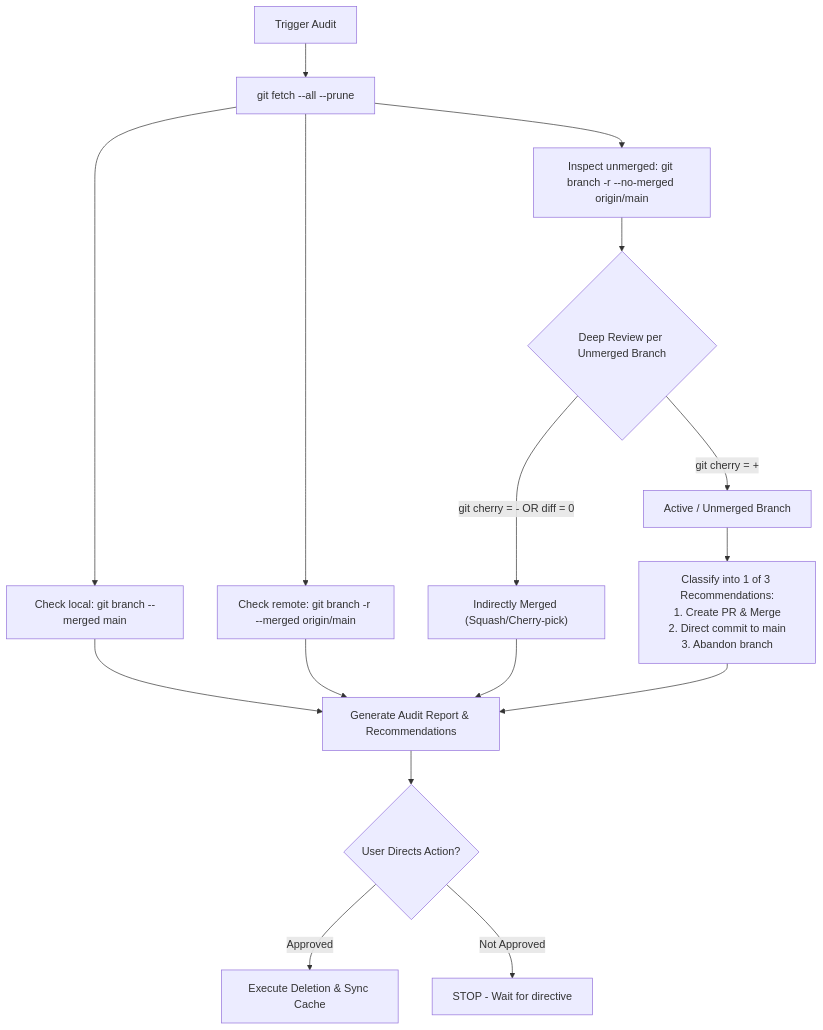
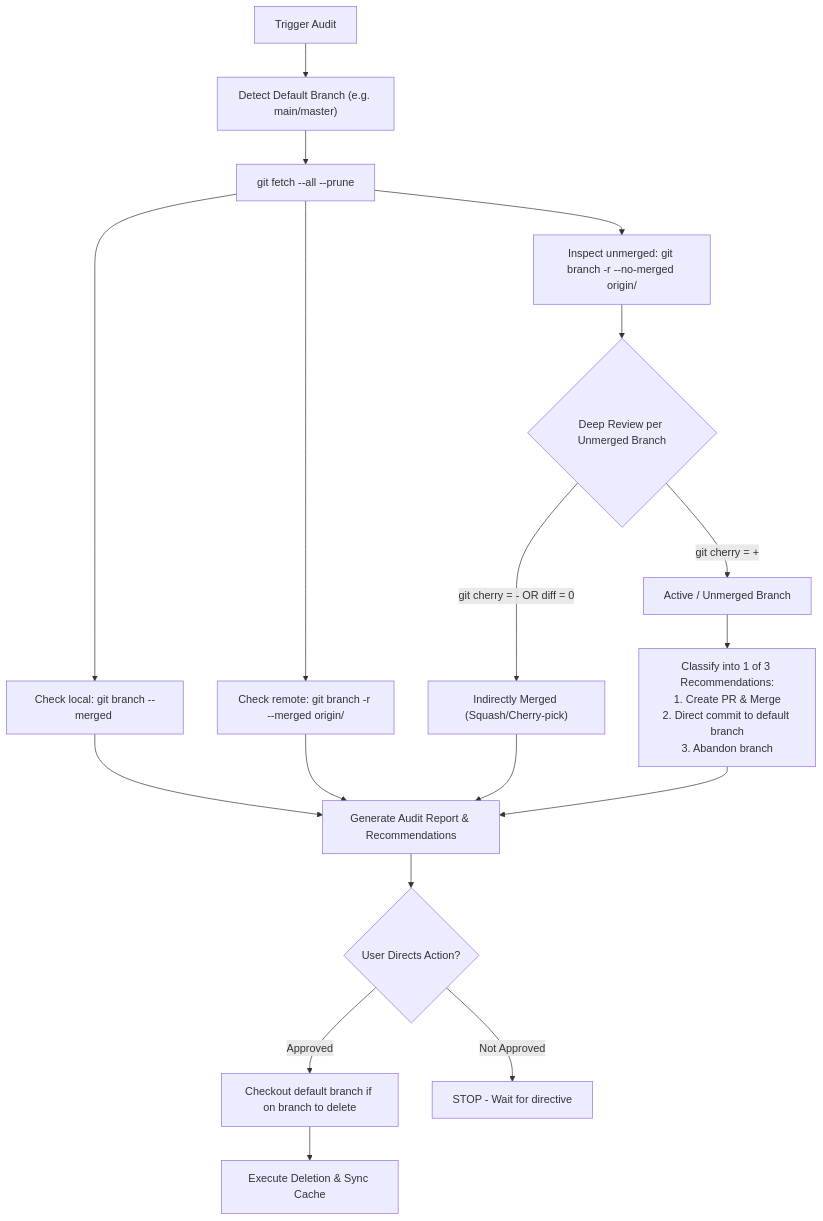
The diagram in prune-branches/SKILL.md (loerei/myskills), drawn with Mermaid before and after one commit. The commit also changed other lines of this file, not shown here.

Commit message:
fix(prune-branches): resolve reviewer loop findings (dynamic default branch & active branch checkout guard)

````diff
--- a/prune-branches/SKILL.md
+++ b/prune-branches/SKILL.md
@@ -13,22 +13,24 @@
 ```mermaid
 flowchart TD
-    Start["Trigger Audit"] --> Fetch["git fetch --all --prune"]
-    Fetch --> ListLocal["Check local: git branch --merged main"]
-    Fetch --> ListRemote["Check remote: git branch -r --merged origin/main"]
-    Fetch --> CheckUnmerged["Inspect unmerged: git branch -r --no-merged origin/main"]
+    Start["Trigger Audit"] --> Detect["Detect Default Branch (e.g. main/master)"]
+    Detect --> Fetch["git fetch --all --prune"]
+    Fetch --> ListLocal["Check local: git branch --merged <default>"]
+    Fetch --> ListRemote["Check remote: git branch -r --merged origin/<default>"]
+    Fetch --> CheckUnmerged["Inspect unmerged: git branch -r --no-merged origin/<default>"]
     
     CheckUnmerged --> DeepReview{"Deep Review per Unmerged Branch"}
     
     DeepReview -->|"git cherry = - OR diff = 0"| IndirectMerged["Indirectly Merged (Squash/Cherry-pick)"]
     DeepReview -->|"git cherry = +"| Unmerged["Active / Unmerged Branch"]
     
     IndirectMerged --> Report["Generate Audit Report & Recommendations"]
     ListLocal --> Report
     ListRemote --> Report
-    Unmerged --> Classify3["Classify into 1 of 3 Recommendations:<br/>1. Create PR & Merge<br/>2. Direct commit to main<br/>3. Abandon branch"]
+    Unmerged --> Classify3["Classify into 1 of 3 Recommendations:<br/>1. Create PR & Merge<br/>2. Direct commit to default branch<br/>3. Abandon branch"]
     Classify3 --> Report
     
     Report --> UserChoice{"User Directs Action?"}
-    UserChoice -->|"Approved"| Prune["Execute Deletion & Sync Cache"]
+    UserChoice -->|"Approved"| SwitchBranch["Checkout default branch if on branch to delete"]
+    SwitchBranch --> Prune["Execute Deletion & Sync Cache"]
     UserChoice -->|"Not Approved"| Stop["STOP - Wait for directive"]
 ```
````
